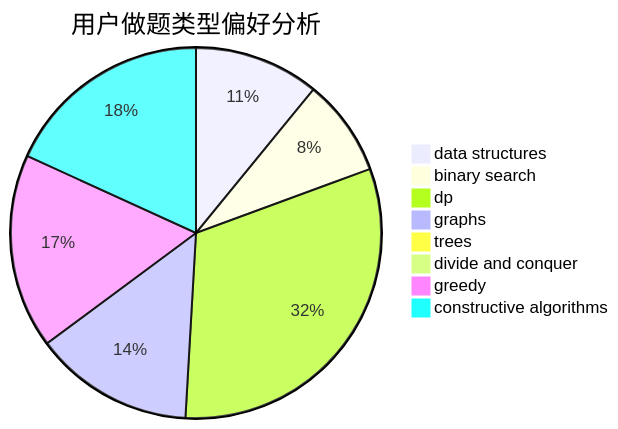
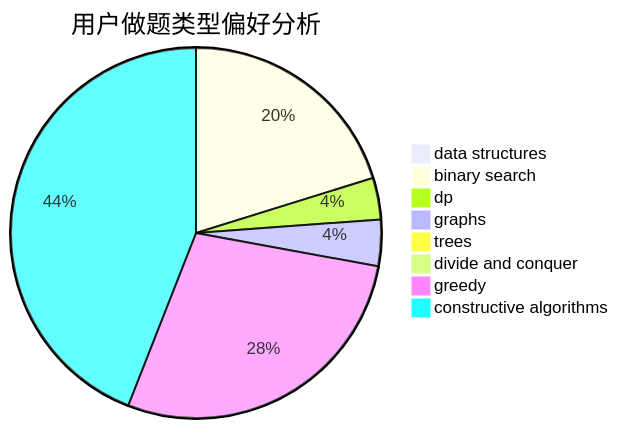
Before and after one commit to sherpahu/cfrs.github.io: the second of 3 diagrams in docs/user/u2304.md, drawn with Mermaid. The commit also changed other lines of this file and 2770 other files, not shown here.

````diff
--- a/docs/user/u2304.md
+++ b/docs/user/u2304.md
@@ -23,11 +23,11 @@
 ```mermaid
 pie title 用户做题类型偏好分析
-    "data structures" :  18
-    "binary search" :  14
-    "dp" :  52
-    "graphs" :  23
+    "data structures" :  4
+    "binary search" :  100
+    "dp" :  18
+    "graphs" :  20
     "trees" :  0
     "divide and conquer" :  0
-    "greedy" :  28
-    "constructive algorithms" :  30
+    "greedy" :  139
+    "constructive algorithms" :  218
 ```
````
